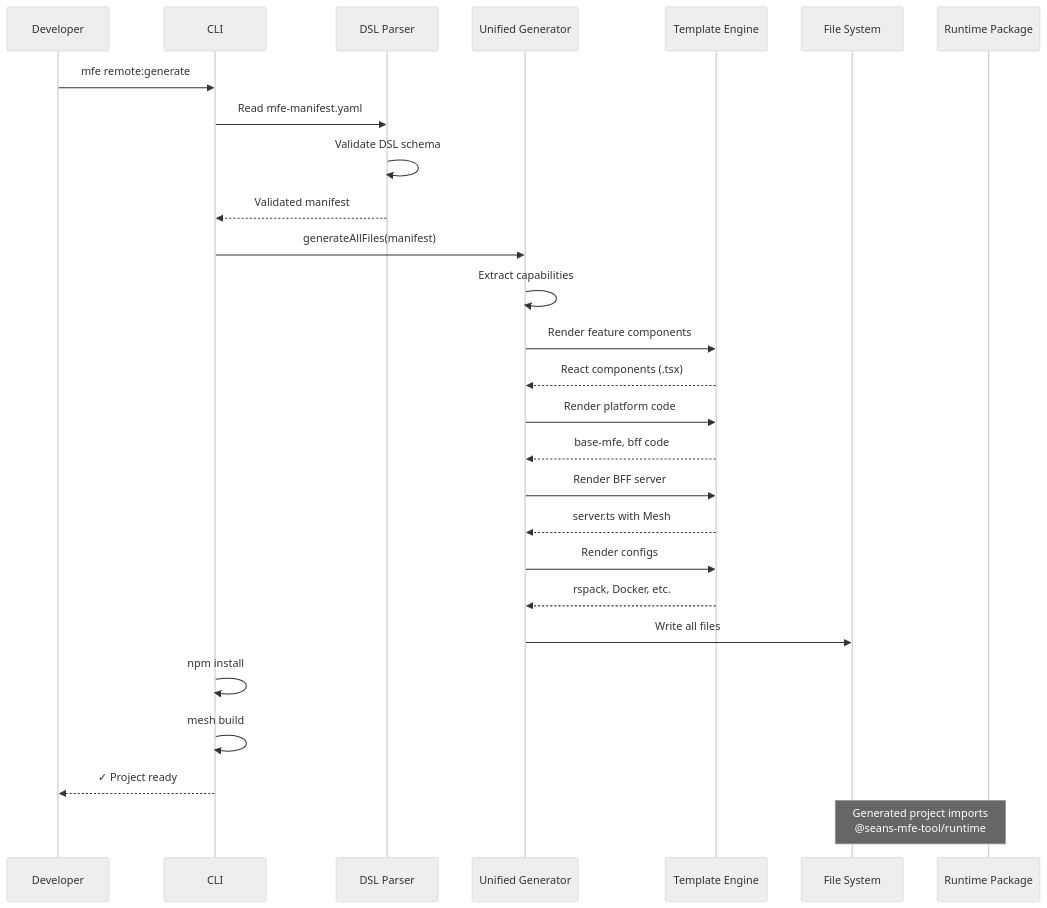
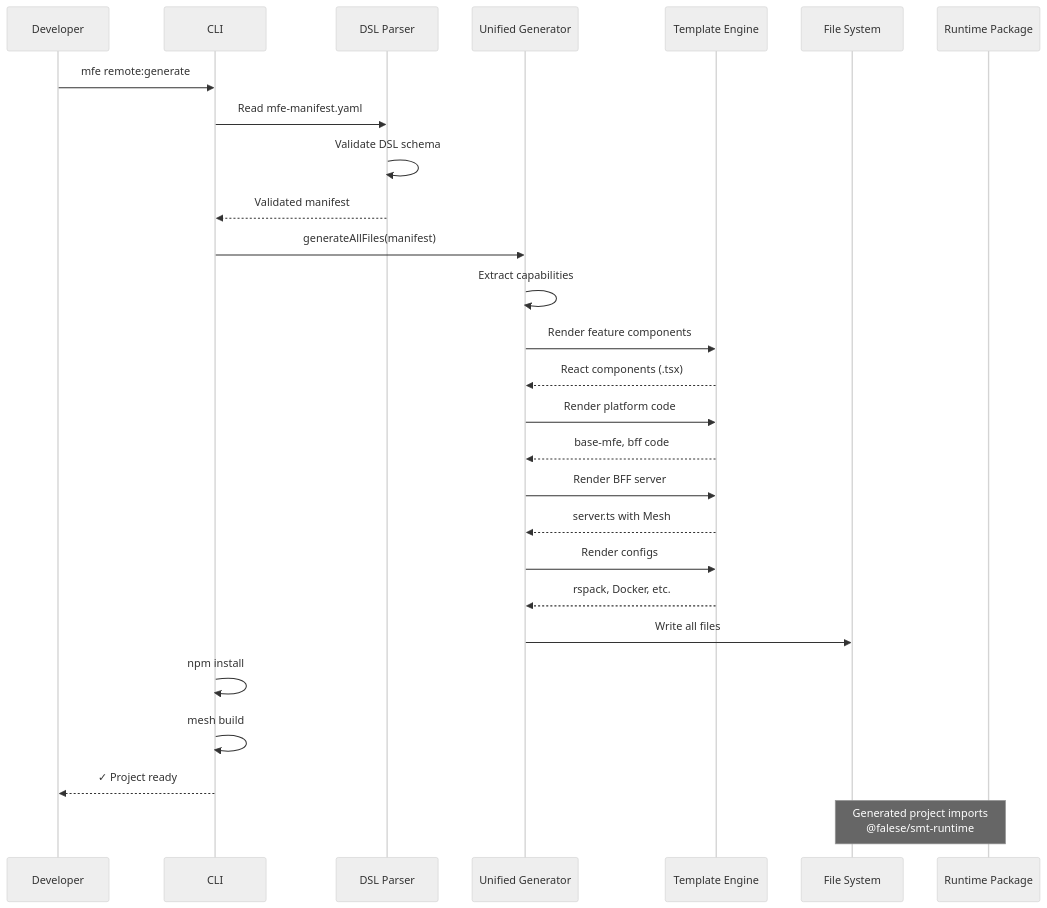
One commit to falese/seans-mfe-tool changed the second of 4 diagrams in docs/architecture-current-state.md. Above: the diagram before and after it, drawn with Mermaid (neutral theme). The commit also changed other lines of this file and 427 other files, not shown here.

First line of the commit message:
refactor!: rename platform packages to @falese/smt-* (ADR-083)

````diff
--- a/docs/architecture-current-state.md
+++ b/docs/architecture-current-state.md
@@ -523,39 +523,39 @@
 ```mermaid
 sequenceDiagram
     participant Dev as Developer
     participant CLI as CLI
     participant Parser as DSL Parser
     participant UnifiedGen as Unified Generator
     participant Templates as Template Engine
     participant Output as File System
     participant Runtime as Runtime Package
 
     Dev->>CLI: mfe remote:generate
     CLI->>Parser: Read mfe-manifest.yaml
     Parser->>Parser: Validate DSL schema
     Parser-->>CLI: Validated manifest
 
     CLI->>UnifiedGen: generateAllFiles(manifest)
 
     UnifiedGen->>UnifiedGen: Extract capabilities
     UnifiedGen->>Templates: Render feature components
     Templates-->>UnifiedGen: React components (.tsx)
 
     UnifiedGen->>Templates: Render platform code
     Templates-->>UnifiedGen: base-mfe, bff code
 
     UnifiedGen->>Templates: Render BFF server
     Templates-->>UnifiedGen: server.ts with Mesh
 
     UnifiedGen->>Templates: Render configs
     Templates-->>UnifiedGen: rspack, Docker, etc.
 
     UnifiedGen->>Output: Write all files
 
     CLI->>CLI: npm install
     CLI->>CLI: mesh build
 
     CLI-->>Dev: ✓ Project ready
 
-    Note over Output,Runtime: Generated project imports<br/>@seans-mfe-tool/runtime
+    Note over Output,Runtime: Generated project imports<br/>@falese/smt-runtime
 ```
````
